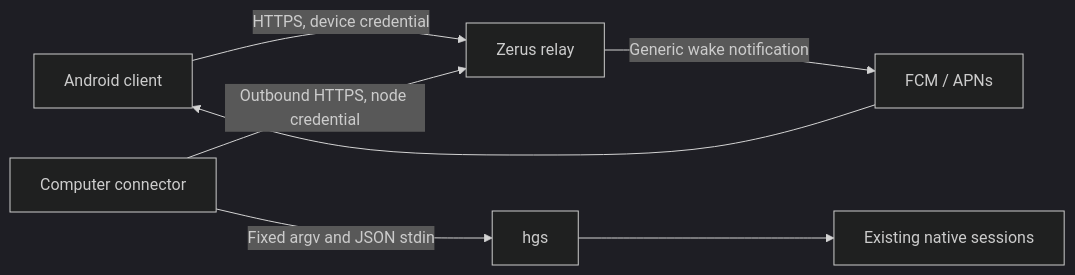
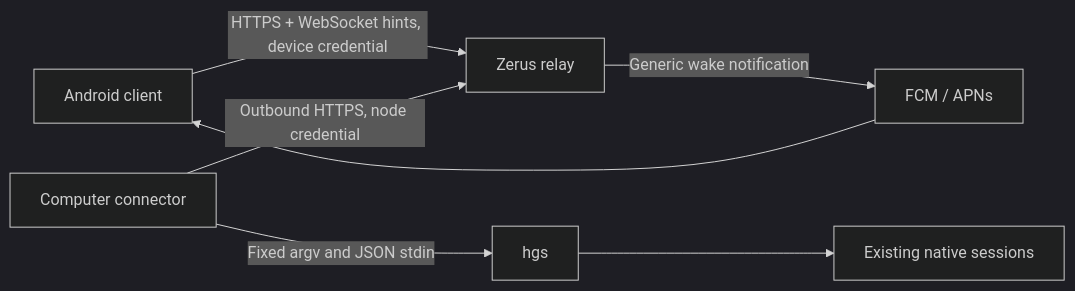
One commit to Dominga/zerus changed the diagram in docs/mobile-architecture.md. Above: the diagram before and after it, drawn with Mermaid (dark theme). The commit also changed other lines of this file and 16 other files, not shown here.

Commit message:
Wake Android receipt reads over bounded WebSocket

````diff
--- a/docs/mobile-architecture.md
+++ b/docs/mobile-architecture.md
@@ -28,9 +28,9 @@
 ```mermaid
 flowchart LR
-    A[Android client] -->|HTTPS, device credential| R[Zerus relay]
+    A[Android client] -->|HTTPS + WebSocket hints, device credential| R[Zerus relay]
     C[Computer connector] -->|Outbound HTTPS, node credential| R
     C -->|Fixed argv and JSON stdin| H[hgs]
     H --> N[Existing native sessions]
     R -->|Generic wake notification| P[FCM / APNs]
     P --> A
 ```
````
